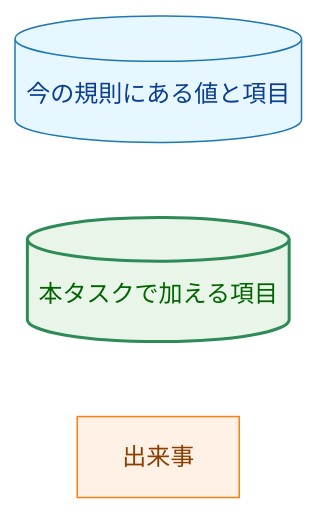
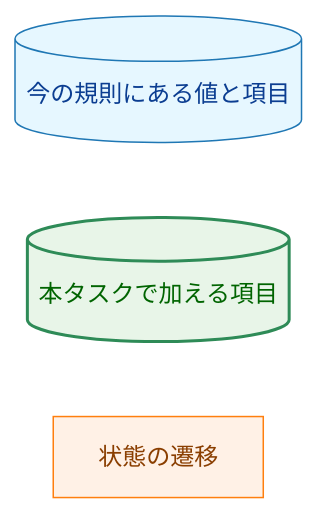
Before and after one commit to isseis/yt2column: the second of 9 diagrams in docs/tasks/0056_legacy_approval_history/02_architecture.md, drawn with Mermaid (base theme). The commit also changed other lines of this file, not shown here.

First line of the commit message:
docs(0056): address the architecture and prose reviews

````diff
--- a/docs/tasks/0056_legacy_approval_history/02_architecture.md
+++ b/docs/tasks/0056_legacy_approval_history/02_architecture.md
@@ -62,15 +68,14 @@
 ```mermaid
 flowchart LR
     classDef data fill:#e6f7ff,stroke:#1f77b4,stroke-width:1px,color:#0b3d91;
+    classDef process fill:#fff1e6,stroke:#ff7f0e,stroke-width:1px,color:#8a3e00;
     classDef enhanced fill:#e8f5e8,stroke:#2e8b57,stroke-width:2px,color:#006400;
-
-    classDef process fill:#fff1e6,stroke:#ff7f0e,stroke-width:1px,color:#8a3e00;
 
     L1[("今の規則にある値と項目")]
     L2[("本タスクで加える項目")]
-    L3["出来事"]
+    L3["状態の遷移"]
 
     class L1 data
     class L2 enhanced
     class L3 process
 ```
````
